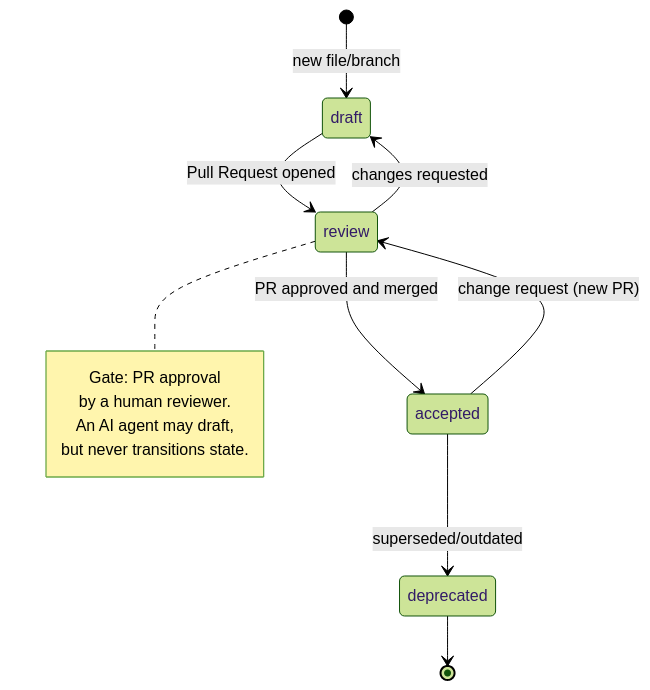
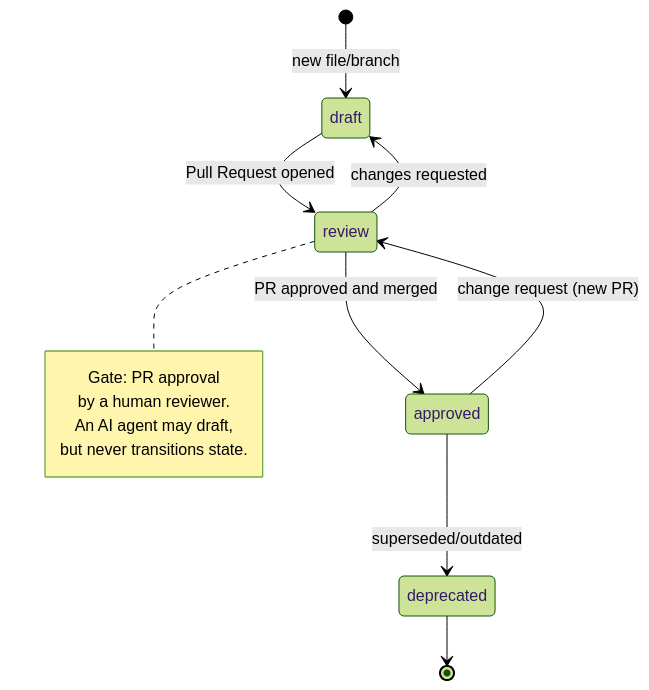
One commit to reqquest/reqQuestFramework changed the first of 3 diagrams in docs/requirements-management.md. Above: the diagram before and after it, drawn with Mermaid (forest theme). The commit also changed other lines of this file and 12 other files, not shown here.

First line of the commit message:
feat(toolkit): reqqf#16 — "approved" as canonical requirement status, "accepted" as deprecated alias (#17)

````diff
--- a/docs/requirements-management.md
+++ b/docs/requirements-management.md
@@ -33,17 +33,17 @@
 ```mermaid
 stateDiagram-v2
     [*] --> draft: new file/branch
     draft --> review: Pull Request opened
     review --> draft: changes requested
-    review --> accepted: PR approved and merged
-    accepted --> review: change request (new PR)
-    accepted --> deprecated: superseded/outdated
+    review --> approved: PR approved and merged
+    approved --> review: change request (new PR)
+    approved --> deprecated: superseded/outdated
     deprecated --> [*]
 
     note right of review
         Gate: PR approval
         by a human reviewer.
         An AI agent may draft,
         but never transitions state.
     end note
 ```
````
